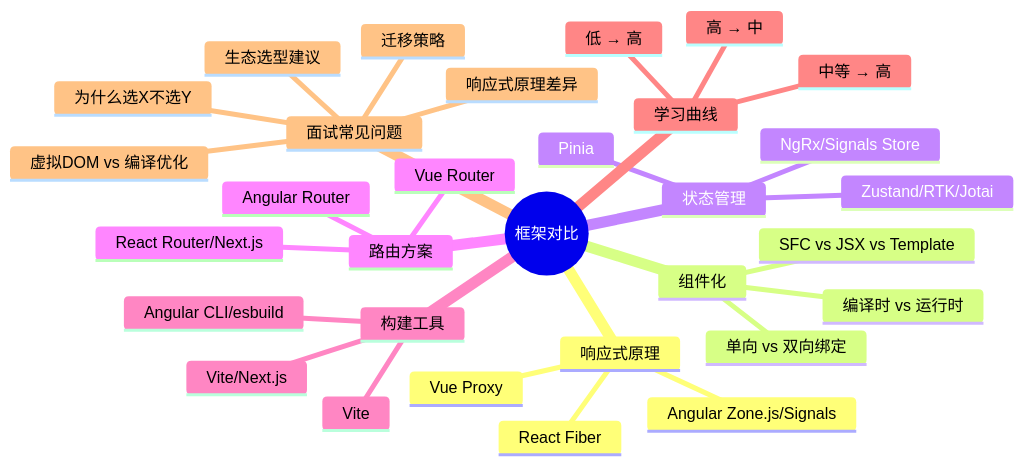
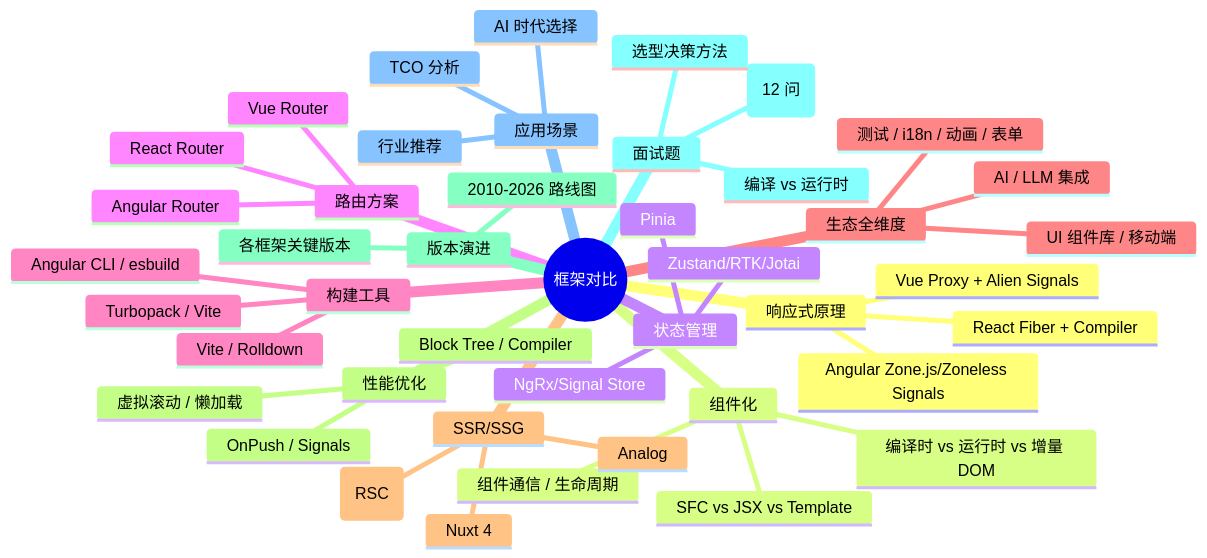
The first of 7 diagrams in S2-框架深入/04-框架对比.md (KMaybe01/common), drawn with Mermaid before and after one commit. The commit also changed other lines of this file and 7 other files, not shown here.

````diff
--- a/S2-框架深入/04-框架对比.md
+++ b/S2-框架深入/04-框架对比.md
@@ -10,34 +10,47 @@
 ```mermaid
 mindmap
   root((框架对比))
     响应式原理
-      Vue Proxy
-      React Fiber
-      Angular Zone.js/Signals
+      Vue Proxy + Alien Signals
+      React Fiber + Compiler
+      Angular Zone.js/Zoneless Signals
     组件化
       SFC vs JSX vs Template
-      单向 vs 双向绑定
-      编译时 vs 运行时
+      编译时 vs 运行时 vs 增量 DOM
+      组件通信 / 生命周期
     状态管理
       Pinia
       Zustand/RTK/Jotai
-      NgRx/Signals Store
+      NgRx/Signal Store
     路由方案
       Vue Router
-      React Router/Next.js
+      React Router
       Angular Router
     构建工具
-      Vite
-      Vite/Next.js
-      Angular CLI/esbuild
-    学习曲线
-      低 → 高
-      中等 → 高
-      高 → 中
-    面试常见问题
-      响应式原理差异
-      虚拟DOM vs 编译优化
-      为什么选X不选Y
-      迁移策略
-      生态选型建议
+      Vite / Rolldown
+      Turbopack / Vite
+      Angular CLI / esbuild
+    生态全维度
+      UI 组件库 / 移动端
+      测试 / i18n / 动画 / 表单
+      AI / LLM 集成
+    SSR/SSG
+      Nuxt 4
+      Next.js 15 (RSC)
+      Analog
+    性能优化
+      虚拟滚动 / 懒加载
+      OnPush / Signals
+      Block Tree / Compiler
+    版本演进
+      2010-2026 路线图
+      各框架关键版本
+    面试题
+      响应式差异 (12 问)
+      编译 vs 运行时
+      选型决策方法
+    应用场景
+      行业推荐
+      TCO 分析
+      AI 时代选择
 ```
````
